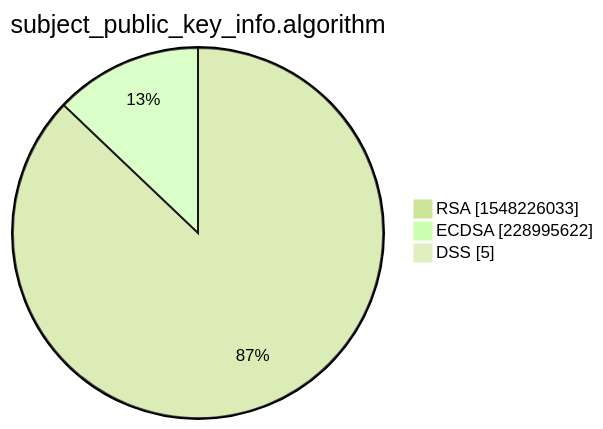
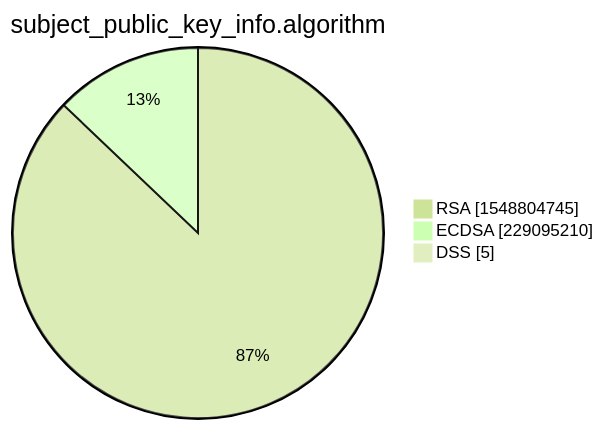
One commit to christiankrug/ctmonitor_visualization changed the third of 15 diagrams in xenon2022/README.md. Above: the diagram before and after it, drawn with Mermaid (forest theme). The commit also changed other lines of this file, not shown here.

````diff
--- a/xenon2022/README.md
+++ b/xenon2022/README.md
@@ -14,7 +14,7 @@
 ```mermaid
 pie showData
 title subject_public_key_info.algorithm
-"RSA" :1548226033
-"ECDSA" :228995622
+"RSA" :1548804745
+"ECDSA" :229095210
 "DSS" :5
 ```
````
